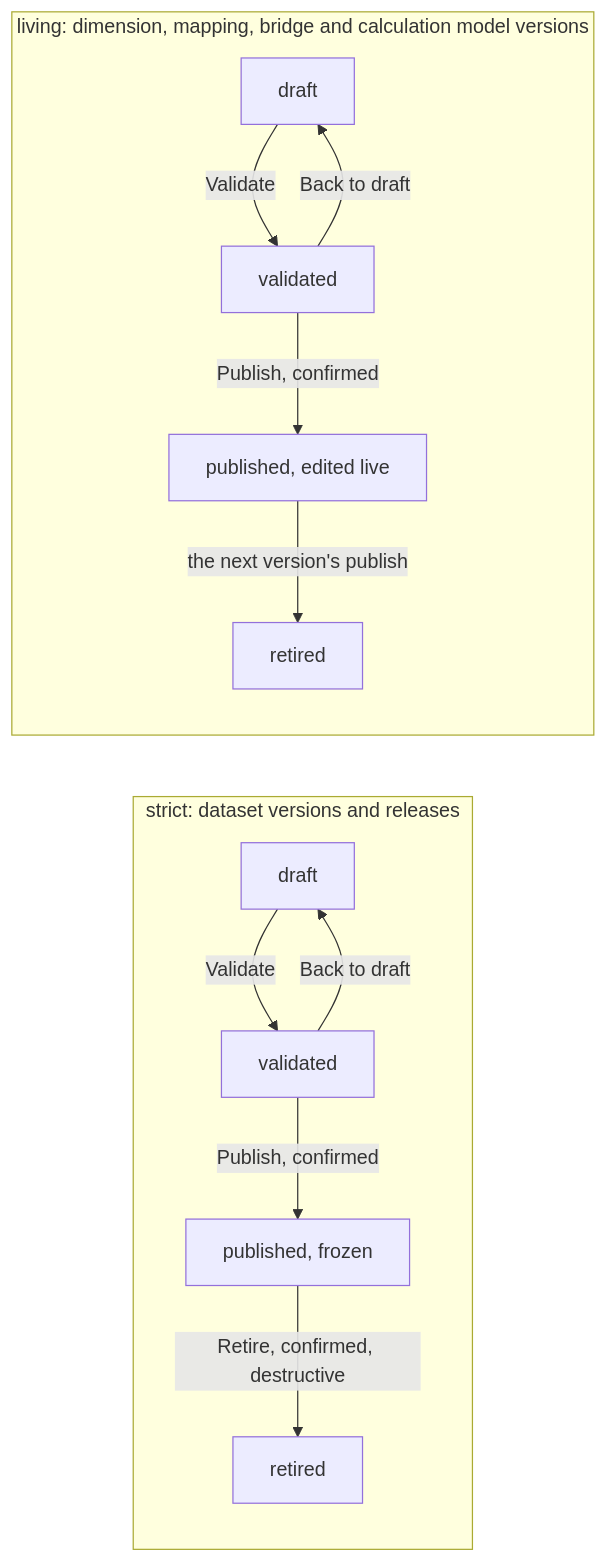
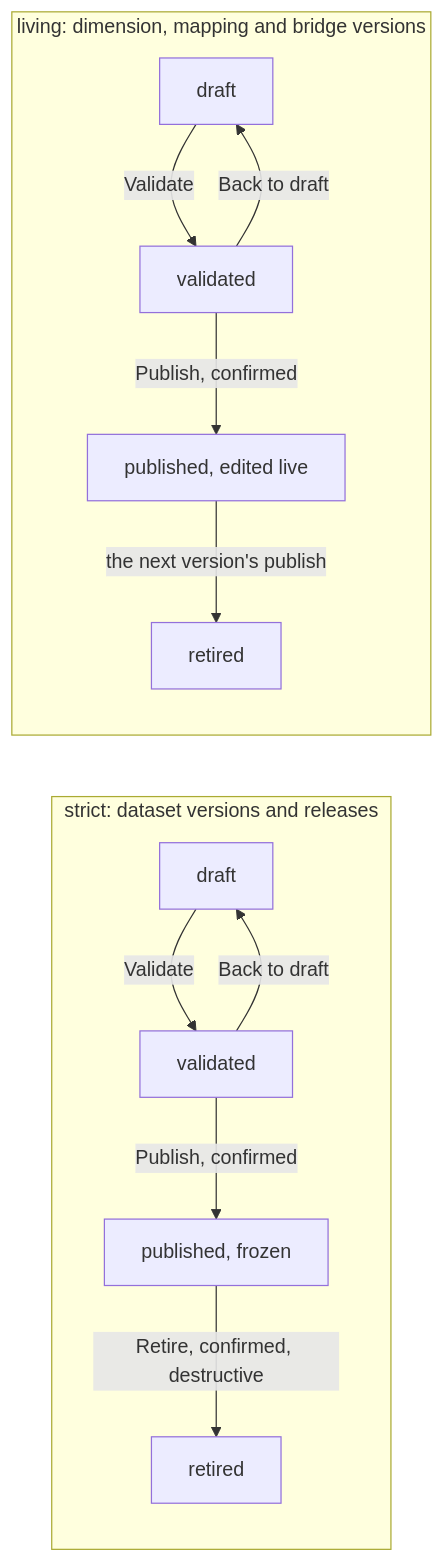
The fifth of 9 diagrams in web/docs/architecture/03-how-it-works.md (chrisaliotta/Quantalytix.QueryEngine.Admin), drawn with Mermaid before and after one commit. The commit also changed other lines of this file and 160 other files, not shown here.

First line of the commit message:
feat: update API documentation and architecture for versioning and report handling

````diff
--- a/web/docs/architecture/03-how-it-works.md
+++ b/web/docs/architecture/03-how-it-works.md
@@ -235,23 +234,23 @@
 ```mermaid
 flowchart LR
     subgraph strict ["strict: dataset versions and releases"]
         Draft["draft"]
         Validated["validated"]
         Published["published, frozen"]
         Retired["retired"]
         Draft -->|"Validate"| Validated
         Validated -->|"Back to draft"| Draft
         Validated -->|"Publish, confirmed"| Published
         Published -->|"Retire, confirmed, destructive"| Retired
     end
-    subgraph living ["living: dimension, mapping, bridge and calculation model versions"]
+    subgraph living ["living: dimension, mapping and bridge versions"]
         LivingDraft["draft"]
         LivingValidated["validated"]
         LivingPublished["published, edited live"]
         LivingRetired["retired"]
         LivingDraft -->|"Validate"| LivingValidated
         LivingValidated -->|"Back to draft"| LivingDraft
         LivingValidated -->|"Publish, confirmed"| LivingPublished
         LivingPublished -->|"the next version's publish"| LivingRetired
     end
 ```
````
